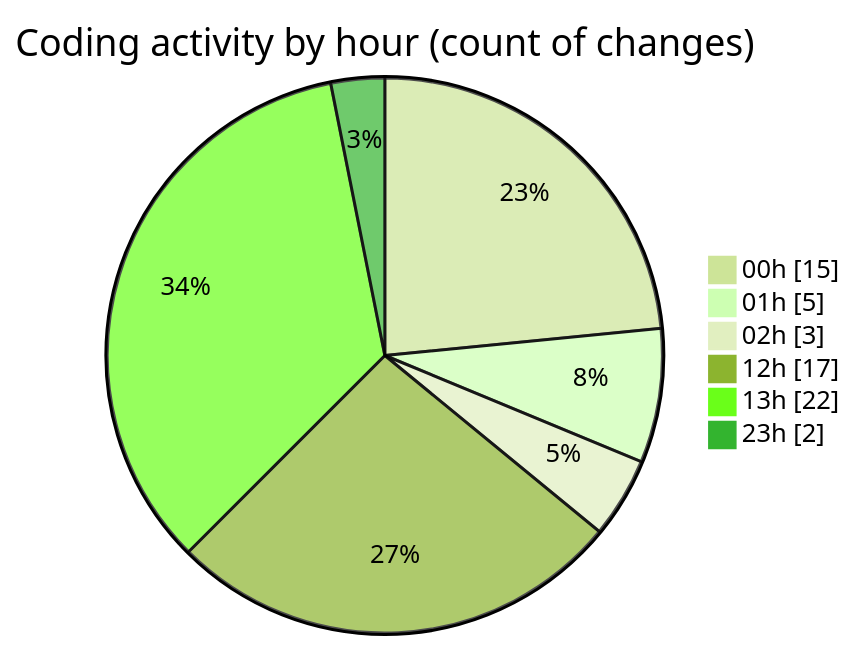
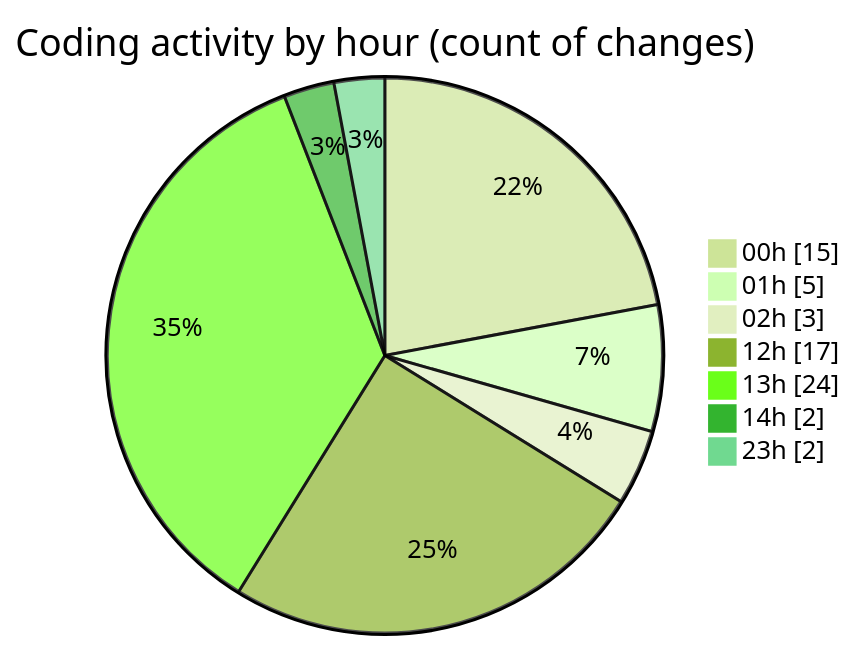
One commit to lephambinh05/code-tracking changed the second of 2 diagrams in 2025-08-13/rentotp/README.md. Above: the diagram before and after it, drawn with Mermaid (forest theme). The commit also changed other lines of this file and 1 other file, not shown here.

````diff
--- a/2025-08-13/rentotp/README.md
+++ b/2025-08-13/rentotp/README.md
@@ -45,10 +45,11 @@
 ```mermaid
 pie showData
 title Coding activity by hour (count of changes)
 "00h" : 15
 "01h" : 5
 "02h" : 3
 "12h" : 17
-"13h" : 22
+"13h" : 24
+"14h" : 2
 "23h" : 2
 ```
````
